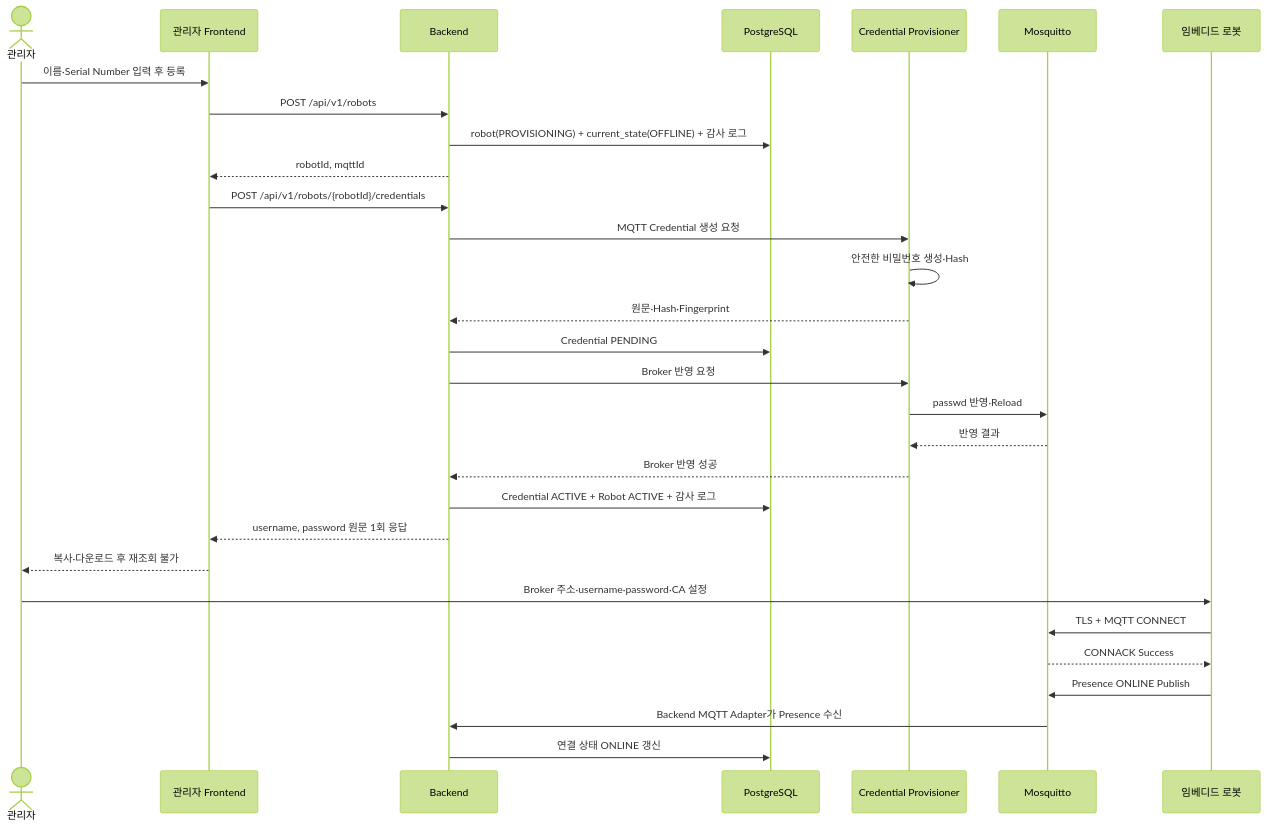
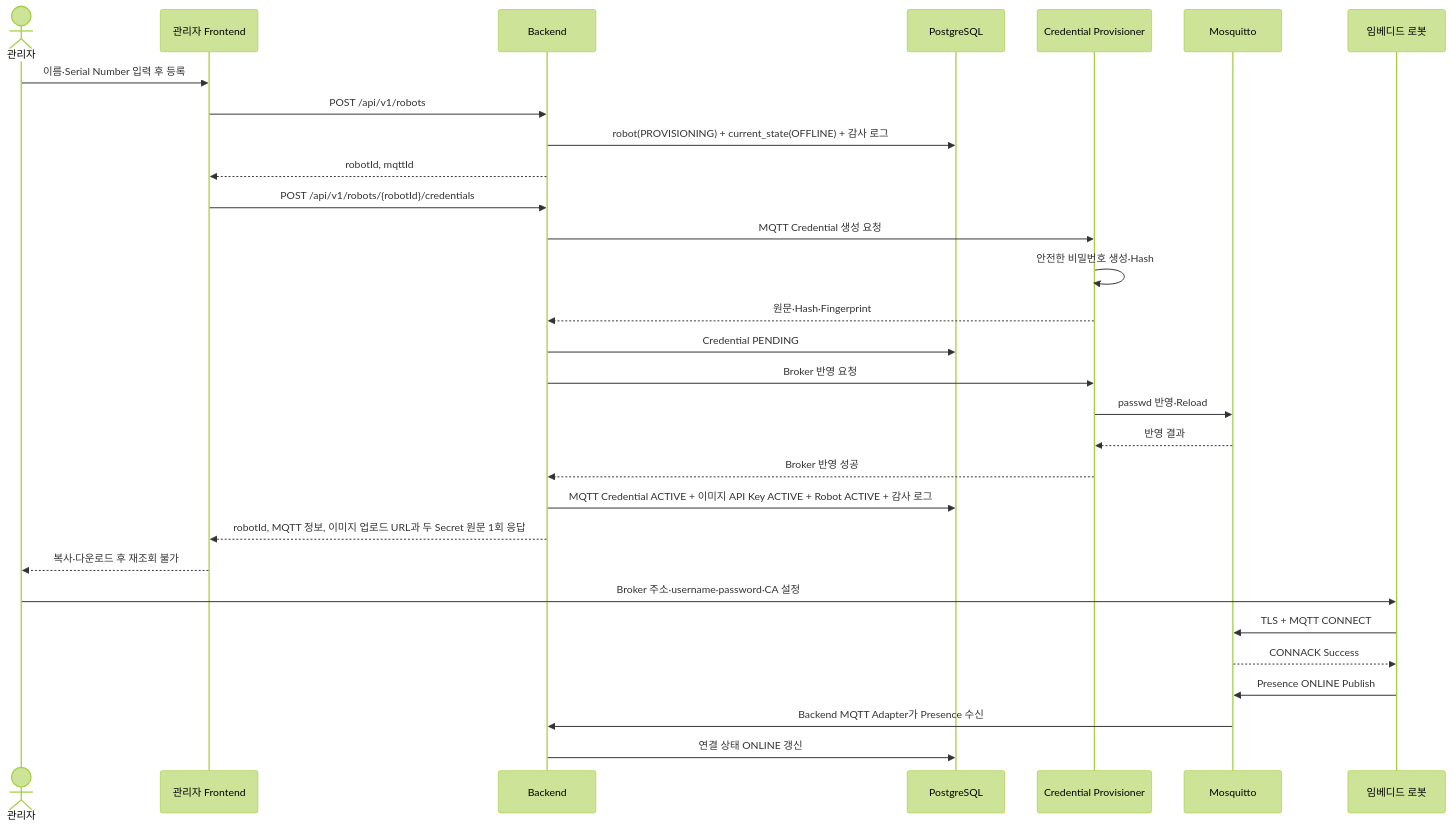
One commit to Jiwoo-Kim0/gilbom changed the diagram in web/docs/팀원B/V2/로봇 등록 및 MQTT Credential 발급.md. Above: the diagram before and after it, drawn with Mermaid (forest theme). The commit also changed other lines of this file and 24 other files, not shown here.

````diff
--- a/web/docs/팀원B/V2/로봇 등록 및 MQTT Credential 발급.md
+++ b/web/docs/팀원B/V2/로봇 등록 및 MQTT Credential 발급.md
@@ -106,35 +106,35 @@
 ```mermaid
 sequenceDiagram
     actor Admin as 관리자
     participant UI as 관리자 Frontend
     participant API as Backend
     participant DB as PostgreSQL
     participant Provisioner as Credential Provisioner
     participant Broker as Mosquitto
     participant Robot as 임베디드 로봇
 
     Admin->>UI: 이름·Serial Number 입력 후 등록
     UI->>API: POST /api/v1/robots
     API->>DB: robot(PROVISIONING) + current_state(OFFLINE) + 감사 로그
     API-->>UI: robotId, mqttId
 
     UI->>API: POST /api/v1/robots/{robotId}/credentials
     API->>Provisioner: MQTT Credential 생성 요청
     Provisioner->>Provisioner: 안전한 비밀번호 생성·Hash
     Provisioner-->>API: 원문·Hash·Fingerprint
     API->>DB: Credential PENDING
     API->>Provisioner: Broker 반영 요청
     Provisioner->>Broker: passwd 반영·Reload
     Broker-->>Provisioner: 반영 결과
     Provisioner-->>API: Broker 반영 성공
-    API->>DB: Credential ACTIVE + Robot ACTIVE + 감사 로그
-    API-->>UI: username, password 원문 1회 응답
+    API->>DB: MQTT Credential ACTIVE + 이미지 API Key ACTIVE + Robot ACTIVE + 감사 로그
+    API-->>UI: robotId, MQTT 정보, 이미지 업로드 URL과 두 Secret 원문 1회 응답
     UI-->>Admin: 복사·다운로드 후 재조회 불가
 
     Admin->>Robot: Broker 주소·username·password·CA 설정
     Robot->>Broker: TLS + MQTT CONNECT
     Broker-->>Robot: CONNACK Success
     Robot->>Broker: Presence ONLINE Publish
     Broker->>API: Backend MQTT Adapter가 Presence 수신
     API->>DB: 연결 상태 ONLINE 갱신
 ```
````
